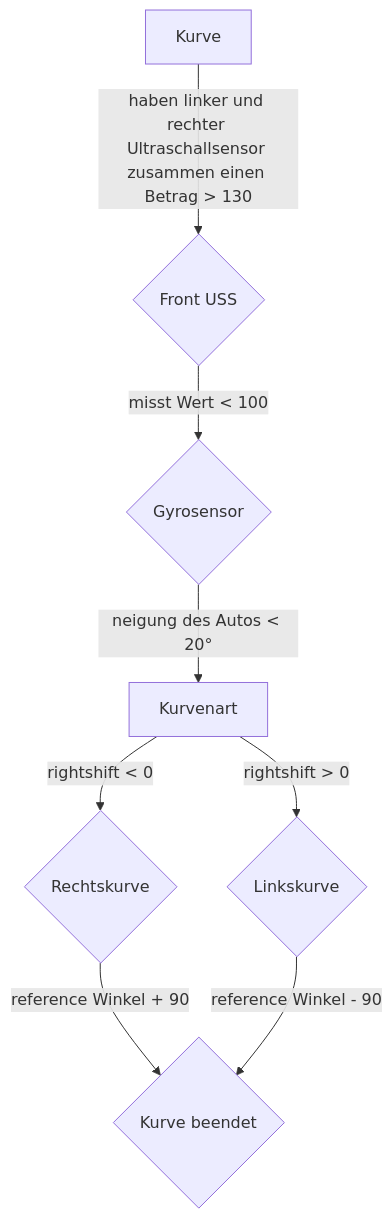
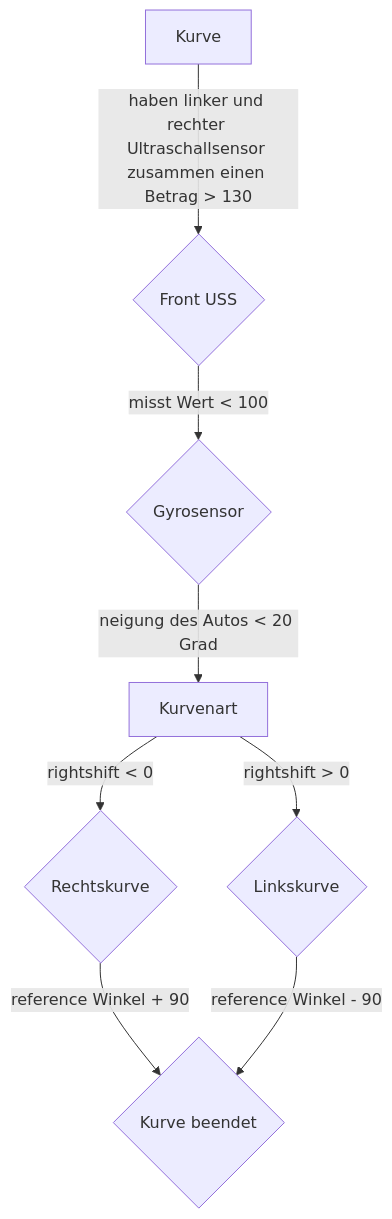
Before and after one commit to SchroedingersBit/PfortGTPanama: the second of 3 diagrams in Programme/GesamtesRennen/README.md, drawn with Mermaid.

````diff
--- a/Programme/GesamtesRennen/README.md
+++ b/Programme/GesamtesRennen/README.md
@@ -25,11 +25,11 @@
 ```mermaid
 flowchart TB;
 Kurve --> |haben linker und rechter Ultraschallsensor zusammen einen Betrag > 130| F{Front USS};
 F --> |misst Wert < 100| G{Gyrosensor};
-G --> |neigung des Autos < 20°|Kurvenart;
+G --> |neigung des Autos < 20 Grad|Kurvenart;
 Kurvenart --> |rightshift < 0| R{Rechtskurve};
 R --> |reference Winkel + 90 |K{Kurve beendet};
 Kurvenart --> |rightshift > 0| L{Linkskurve};
 L --> |reference Winkel - 90 |K;
 
 ```
````
